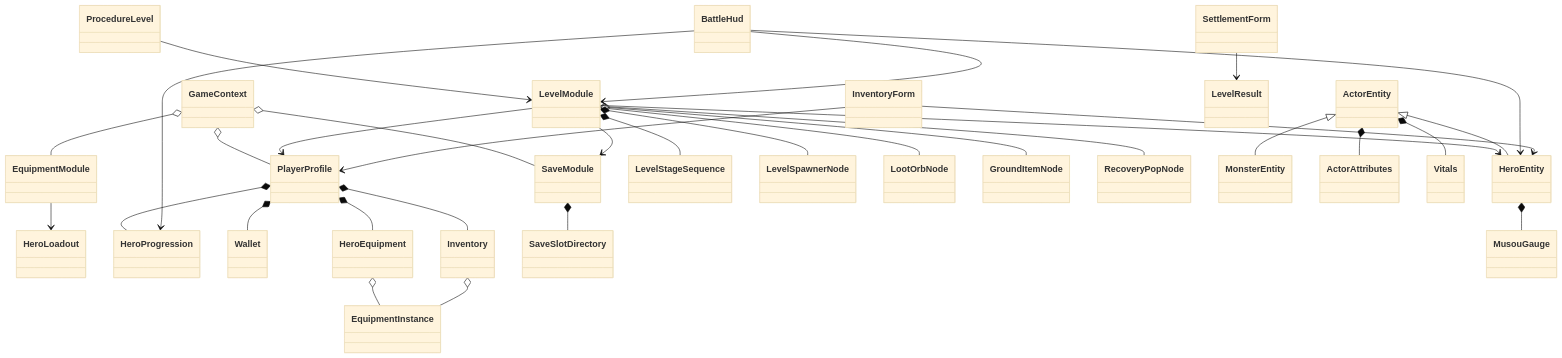
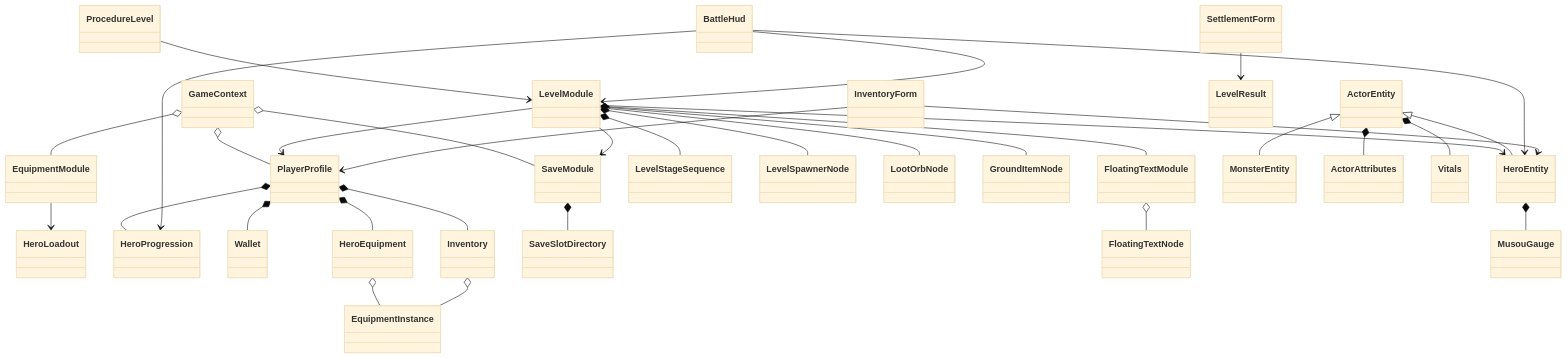
Before and after one commit to zheliku/GameZMXY: the first of 2 diagrams in Docs/ProjectTour.md, drawn with Mermaid (base theme). The commit also changed other lines of this file and 446 other files, not shown here.

````diff
--- a/Docs/ProjectTour.md
+++ b/Docs/ProjectTour.md
@@ -13,34 +13,35 @@
 ```mermaid
 classDiagram
     GameContext o-- PlayerProfile
     GameContext o-- SaveModule
     GameContext o-- EquipmentModule
     EquipmentModule --> HeroLoadout
     PlayerProfile *-- HeroProgression
     PlayerProfile *-- Wallet
     PlayerProfile *-- HeroEquipment
     HeroEquipment o-- EquipmentInstance
     PlayerProfile *-- Inventory
     Inventory o-- EquipmentInstance
     SaveModule *-- SaveSlotDirectory
     ProcedureLevel --> LevelModule
     LevelModule --> PlayerProfile
     LevelModule --> SaveModule
     LevelModule --> HeroEntity
     LevelModule *-- LevelStageSequence
     LevelModule *-- LevelSpawnerNode
     LevelModule o-- LootOrbNode
     LevelModule o-- GroundItemNode
-    LevelModule o-- RecoveryPopNode
+    LevelModule *-- FloatingTextModule
+    FloatingTextModule o-- FloatingTextNode
     ActorEntity <|-- HeroEntity
     ActorEntity <|-- MonsterEntity
     ActorEntity *-- ActorAttributes
     ActorEntity *-- Vitals
     HeroEntity *-- MusouGauge
     BattleHud --> HeroEntity
     BattleHud --> HeroProgression
     BattleHud --> LevelModule
     InventoryForm --> HeroEntity
     InventoryForm --> PlayerProfile
     SettlementForm --> LevelResult
 ```
````
